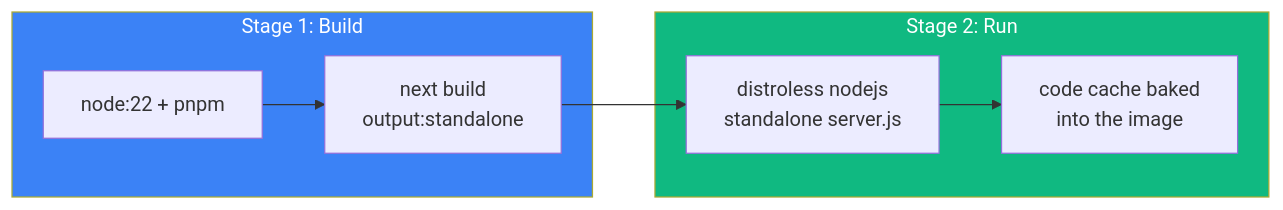
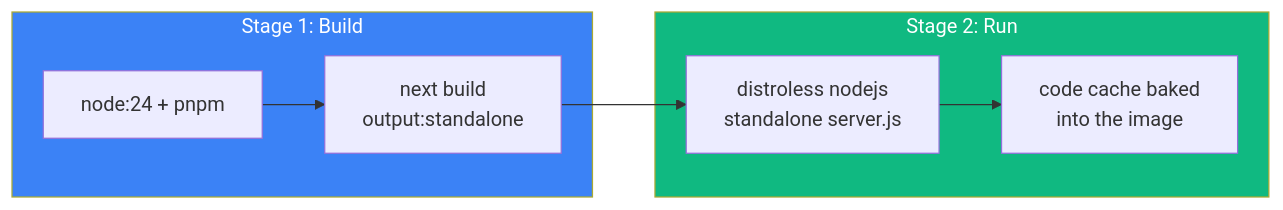
One commit to getknext-dev/knext changed the sixth of 8 diagrams in docs/ARCHITECTURE.md. Above: the diagram before and after it, drawn with Mermaid. The commit also changed 49 other files, not shown here.

````diff
--- a/docs/ARCHITECTURE.md
+++ b/docs/ARCHITECTURE.md
@@ -378,14 +378,14 @@
 ```mermaid
 flowchart LR
     subgraph Stage1["Stage 1: Build"]
-        A["node:22 + pnpm"] --> B["next build<br/>output:standalone"]
+        A["node:24 + pnpm"] --> B["next build<br/>output:standalone"]
     end
 
     subgraph Stage2["Stage 2: Run"]
         B --> C["distroless nodejs<br/>standalone server.js"]
         C --> D["code cache baked<br/>into the image"]
     end
 
     style Stage1 fill:#3b82f6,color:#fff
     style Stage2 fill:#10b981,color:#fff
 ```
````
